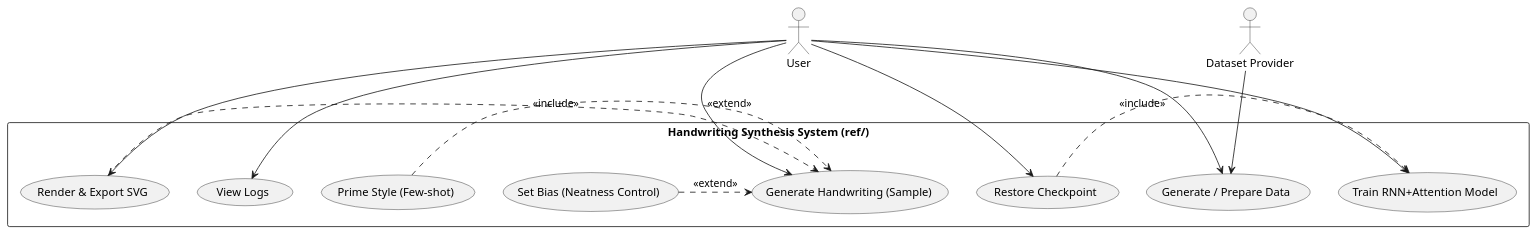
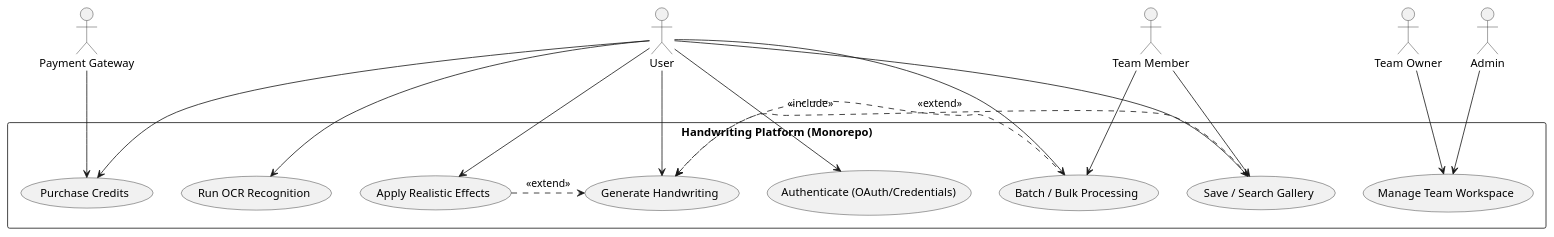
One commit to bhadraagada/ctrlpluspen changed the third of 15 diagrams in docss/CONCEPTUAL_DIAGRAMS.md. Above: the diagram before and after it, drawn with PlantUML. The commit also changed other lines of this file and 138 other files, not shown here.

````diff
--- a/docss/CONCEPTUAL_DIAGRAMS.md
+++ b/docss/CONCEPTUAL_DIAGRAMS.md
@@ -145,33 +209,40 @@
 ```plantuml
 @startuml
 skinparam monochrome true
 skinparam shadowing false
 
 actor "User" as User
-actor "Dataset Provider" as Provider
+actor "Team Owner" as Owner
+actor "Team Member" as Member
+actor "Admin" as Admin
+actor "Payment Gateway" as PG
 
-rectangle "Handwriting Synthesis System (ref/)" {
-  usecase "Generate / Prepare Data" as UC1
-  usecase "Train RNN+Attention Model" as UC2
-  usecase "Restore Checkpoint" as UC3
-  usecase "Generate Handwriting (Sample)" as UC4
-  usecase "Prime Style (Few-shot)" as UC5
-  usecase "Set Bias (Neatness Control)" as UC6
-  usecase "Render & Export SVG" as UC7
-  usecase "View Logs" as UC8
+rectangle "Handwriting Platform (Monorepo)" {
+  usecase "Authenticate (OAuth/Credentials)" as UC1
+  usecase "Generate Handwriting" as UC2
+  usecase "Apply Realistic Effects" as UC3
+  usecase "Save / Search Gallery" as UC4
+  usecase "Batch / Bulk Processing" as UC5
+  usecase "Manage Team Workspace" as UC6
+  usecase "Purchase Credits" as UC7
+  usecase "Run OCR Recognition" as UC8
 }
 
-Provider --> UC1
 User --> UC1
 User --> UC2
 User --> UC3
 User --> UC4
+User --> UC5
 User --> UC7
 User --> UC8
+Owner --> UC6
+Member --> UC4
+Member --> UC5
+Admin --> UC6
+PG --> UC7
 
-UC5 .> UC4 : <<extend>>
-UC6 .> UC4 : <<extend>>
-UC3 .> UC2 : <<include>>
-UC7 .> UC4 : <<include>>
+UC3 .> UC2 : <<extend>>
+UC5 .> UC2 : <<extend>>
+UC4 .> UC2 : <<include>>
 @enduml
 ```
````
